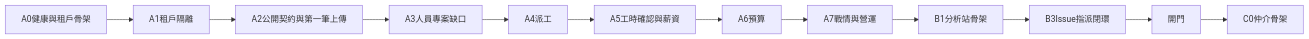
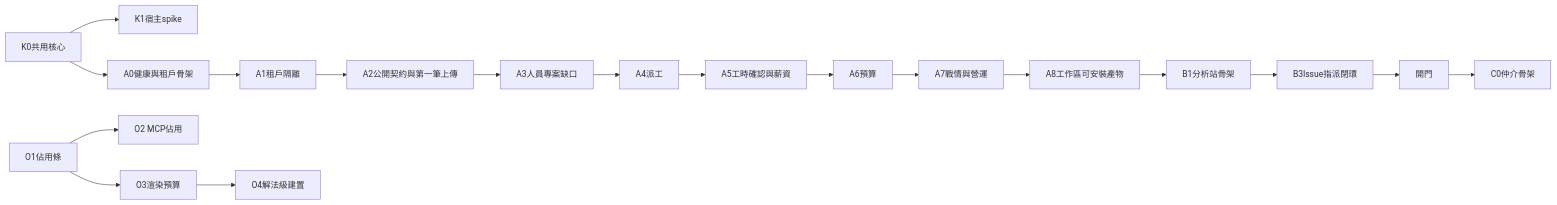
Before and after one commit to sjvann/AI_Project_Console: the second of 2 diagrams in docs/product/execution-plan.md, drawn with Mermaid. The commit also changed other lines of this file and 83 other files, not shown here.

````diff
--- a/docs/product/execution-plan.md
+++ b/docs/product/execution-plan.md
@@ -132,14 +202,20 @@
 ```mermaid
 flowchart LR
-  A0[A0健康與租戶骨架] --> A1[A1租戶隔離]
+  K0[K0共用核心] --> K1[K1宿主spike]
+  K0 --> A0[A0健康與租戶骨架]
+  O1[O1佔用條] --> O2[O2 MCP佔用]
+  O1 --> O3[O3渲染預算]
+  O3 --> O4[O4解法級建置]
+  A0 --> A1[A1租戶隔離]
   A1 --> A2[A2公開契約與第一筆上傳]
   A2 --> A3[A3人員專案缺口]
   A3 --> A4[A4派工]
   A4 --> A5[A5工時確認與薪資]
   A5 --> A6[A6預算]
   A6 --> A7[A7戰情與營運]
-  A7 --> B1[B1分析站骨架]
+  A7 --> A8[A8工作區可安裝產物]
+  A8 --> B1[B1分析站骨架]
   B1 --> B3[B3Issue指派閉環]
   B3 --> Gate[開門]
   Gate --> C0[C0仲介骨架]
 ```
````
